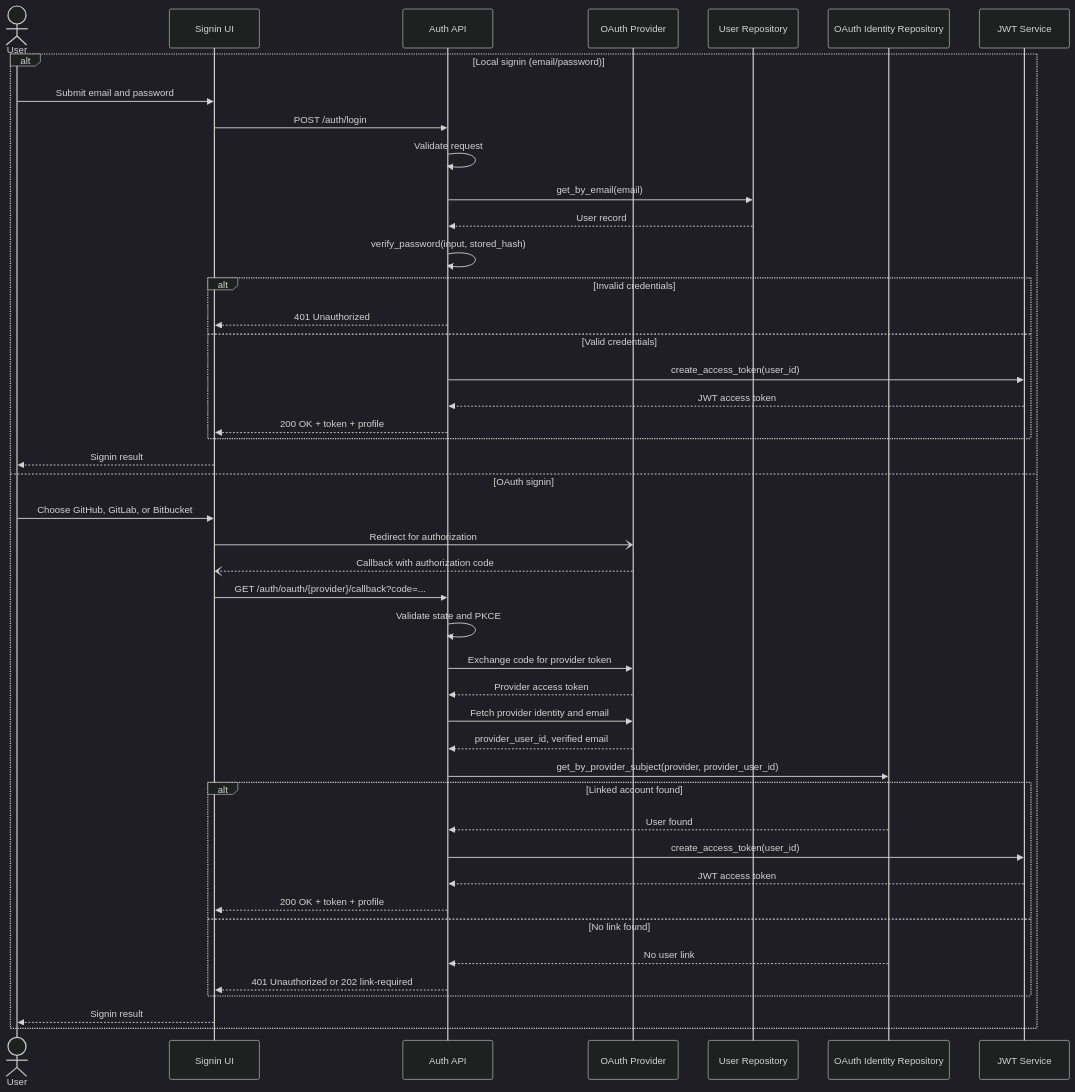
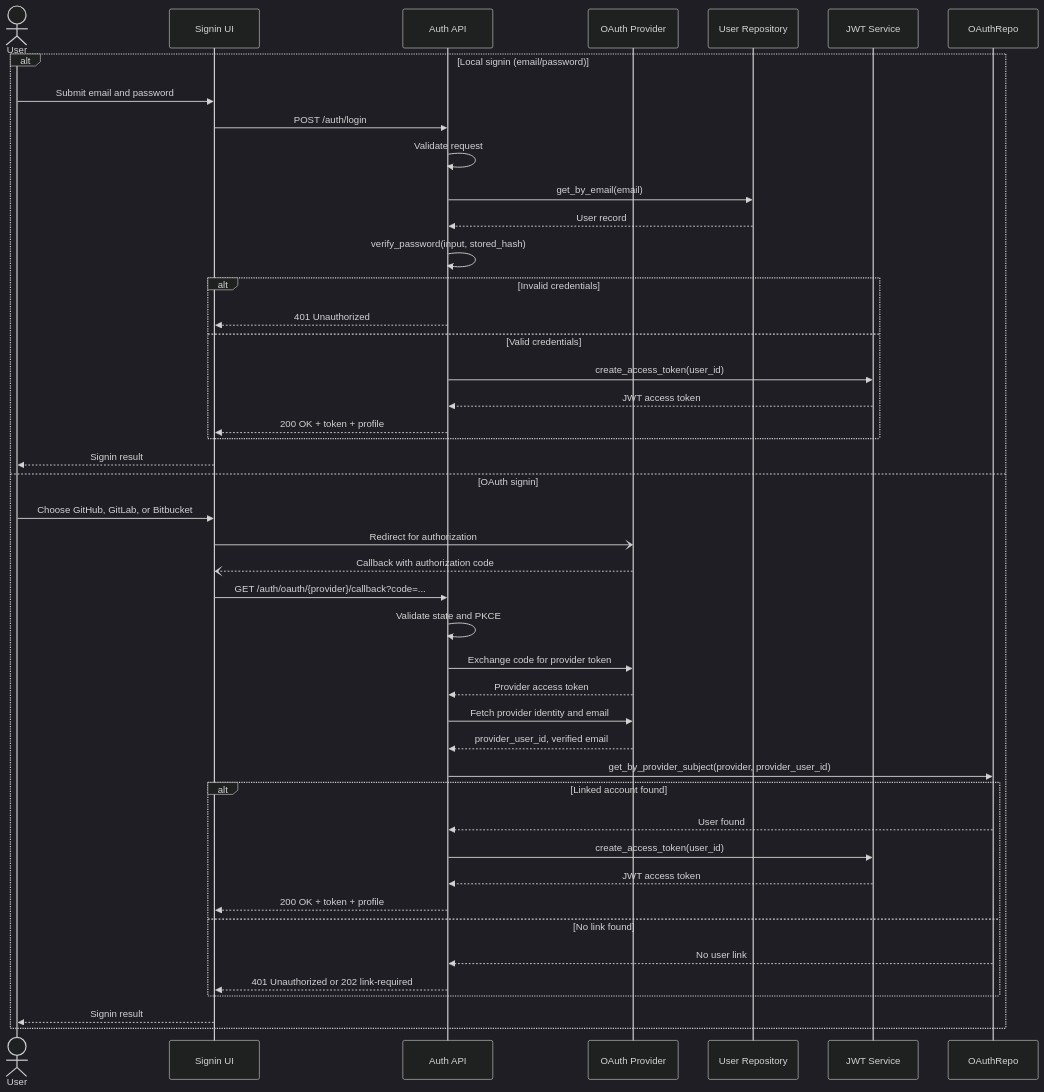
Before and after one commit to dev-clement/Open-Source-Software-Network: the diagram in backend/mod-architectures/auth/signin/sequence-diagram.md, drawn with Mermaid (dark theme). The commit also changed 4 other files, not shown here.

First line of the commit message:
docs(auth): add consolidated auth architecture documentation

````diff
--- a/backend/mod-architectures/auth/signin/sequence-diagram.md
+++ b/backend/mod-architectures/auth/signin/sequence-diagram.md
@@ -8,48 +8,47 @@
 ```mermaid
 sequenceDiagram
     actor User
     participant Client as Signin UI
     participant Auth as Auth API
     participant Provider as OAuth Provider
     participant Repo as User Repository
-    participant OAuthRepo as OAuth Identity Repository
     participant Token as JWT Service
 
     alt Local signin (email/password)
         User->>Client: Submit email and password
         Client->>Auth: POST /auth/login
         Auth->>Auth: Validate request
         Auth->>Repo: get_by_email(email)
         Repo-->>Auth: User record
         Auth->>Auth: verify_password(input, stored_hash)
         alt Invalid credentials
             Auth-->>Client: 401 Unauthorized
         else Valid credentials
             Auth->>Token: create_access_token(user_id)
             Token-->>Auth: JWT access token
             Auth-->>Client: 200 OK + token + profile
         end
         Client-->>User: Signin result
     else OAuth signin
         User->>Client: Choose GitHub, GitLab, or Bitbucket
         Client-)Provider: Redirect for authorization
         Provider--)Client: Callback with authorization code
         Client->>Auth: GET /auth/oauth/{provider}/callback?code=...
         Auth->>Auth: Validate state and PKCE
         Auth->>Provider: Exchange code for provider token
         Provider-->>Auth: Provider access token
         Auth->>Provider: Fetch provider identity and email
         Provider-->>Auth: provider_user_id, verified email
         Auth->>OAuthRepo: get_by_provider_subject(provider, provider_user_id)
         alt Linked account found
             OAuthRepo-->>Auth: User found
             Auth->>Token: create_access_token(user_id)
             Token-->>Auth: JWT access token
             Auth-->>Client: 200 OK + token + profile
         else No link found
             OAuthRepo-->>Auth: No user link
             Auth-->>Client: 401 Unauthorized or 202 link-required
         end
         Client-->>User: Signin result
     end
 ```
````
